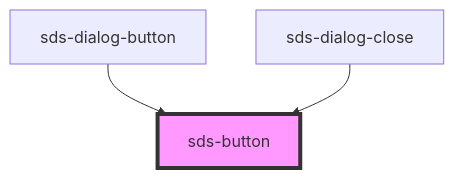
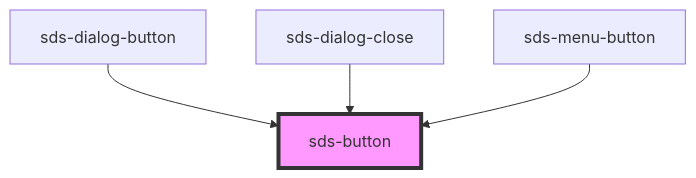
The diagram in packages/sds-web-components/src/ui/primitives/button/sds-button/readme.md (chodgesfigma/sds-mono), drawn with Mermaid before and after one commit. The commit also changed other lines of this file and 24 other files, not shown here.

````diff
--- a/packages/sds-web-components/src/ui/primitives/button/sds-button/readme.md
+++ b/packages/sds-web-components/src/ui/primitives/button/sds-button/readme.md
@@ -25,6 +26,7 @@
 ```mermaid
 graph TD;
   sds-dialog-button --> sds-button
   sds-dialog-close --> sds-button
+  sds-menu-button --> sds-button
   style sds-button fill:#f9f,stroke:#333,stroke-width:4px
 ```
````
